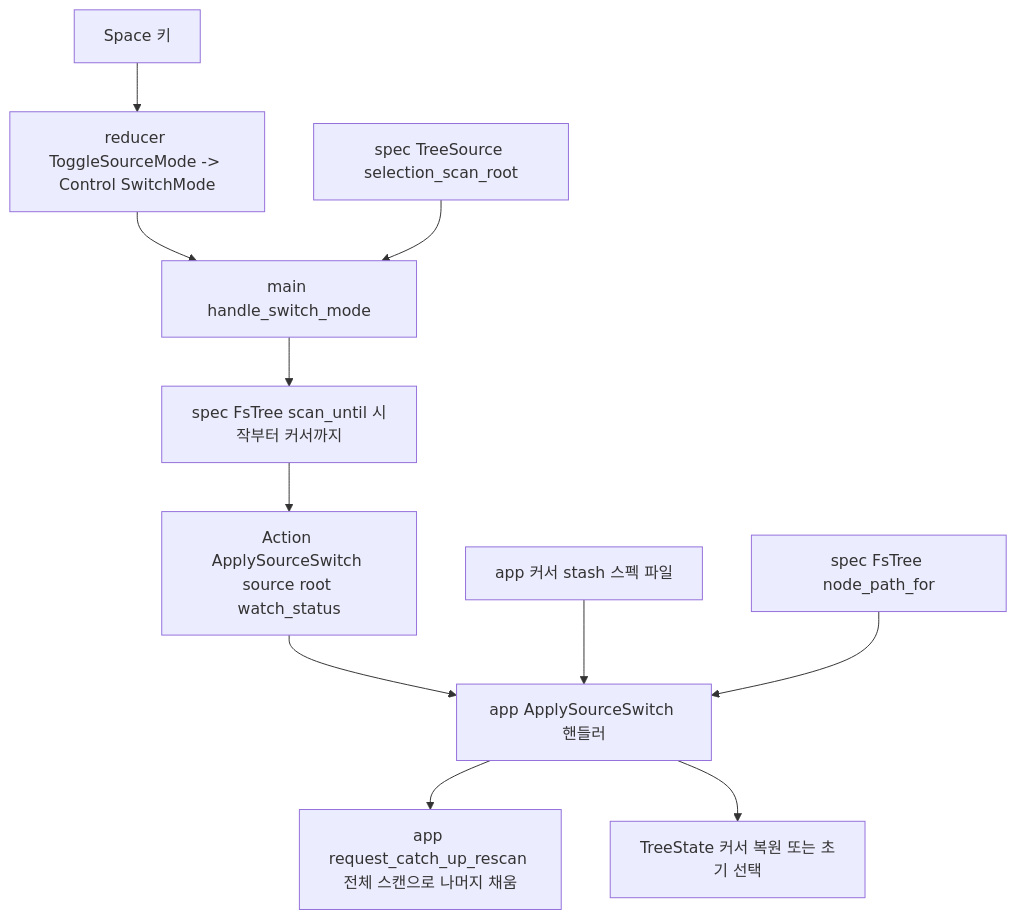
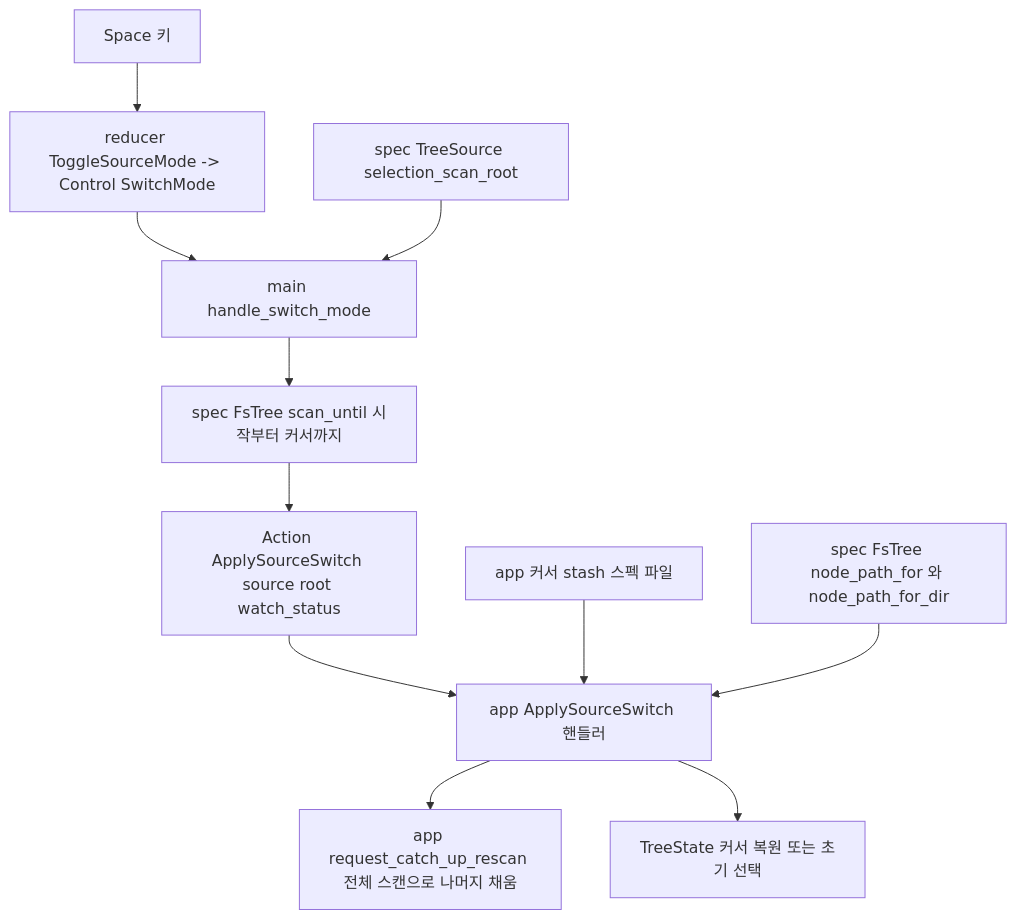
The first of 2 diagrams in .kiro/specs/spec-viewer-files-mode-cursor-scan/design.md (hodorii/spec-viewer), drawn with Mermaid before and after one commit.

Commit message:
docs: name node_path_for_dir in the cursor-scan design flow chart

````diff
--- a/.kiro/specs/spec-viewer-files-mode-cursor-scan/design.md
+++ b/.kiro/specs/spec-viewer-files-mode-cursor-scan/design.md
@@ -36,13 +36,13 @@
 ```mermaid
 flowchart TD
     key[Space 키] --> reducer_sig[reducer ToggleSourceMode -> Control SwitchMode]
     reducer_sig --> hsm[main handle_switch_mode]
     selroot[spec TreeSource selection_scan_root] --> hsm
     hsm --> scan[spec FsTree scan_until 시작부터 커서까지]
     scan --> apply[Action ApplySourceSwitch source root watch_status]
     apply --> applyh[app ApplySourceSwitch 핸들러]
     applyh --> catchup[app request_catch_up_rescan 전체 스캔으로 나머지 채움]
     stash[app 커서 stash 스펙 파일] --> applyh
-    nodepath[spec FsTree node_path_for] --> applyh
+    nodepath[spec FsTree node_path_for 와 node_path_for_dir] --> applyh
     applyh --> cursor[TreeState 커서 복원 또는 초기 선택]
 ```
````
